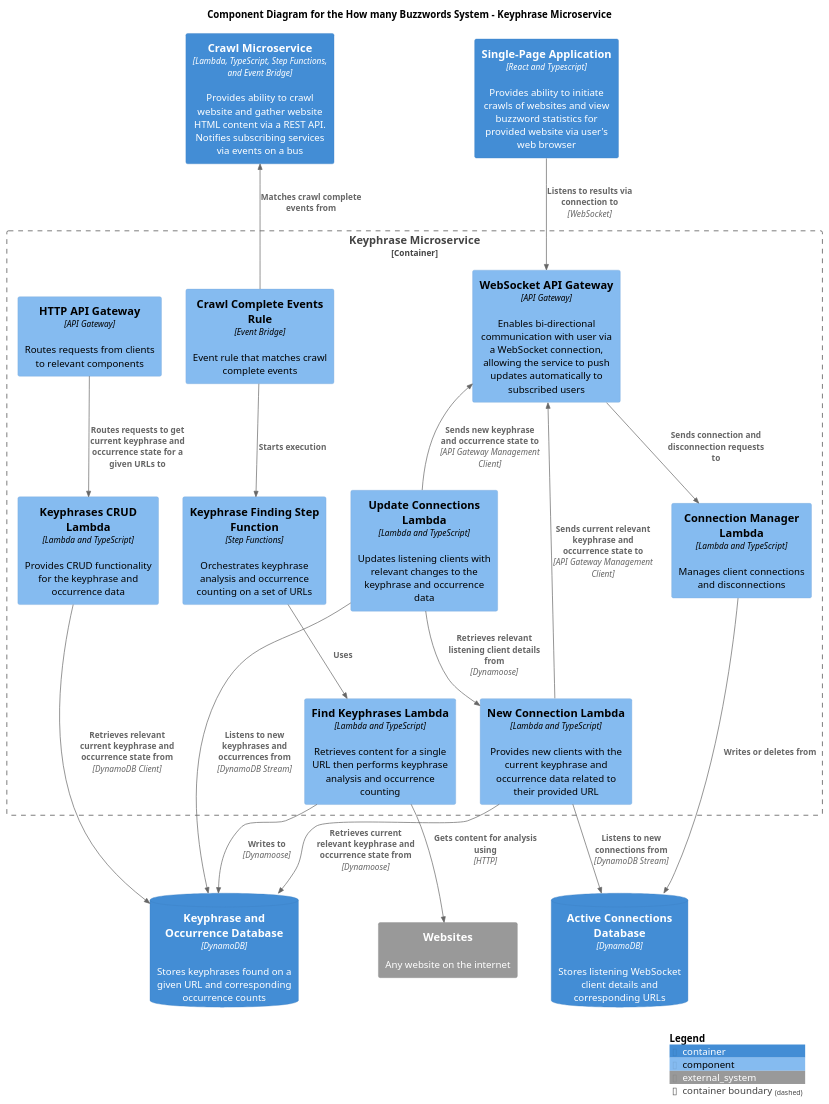
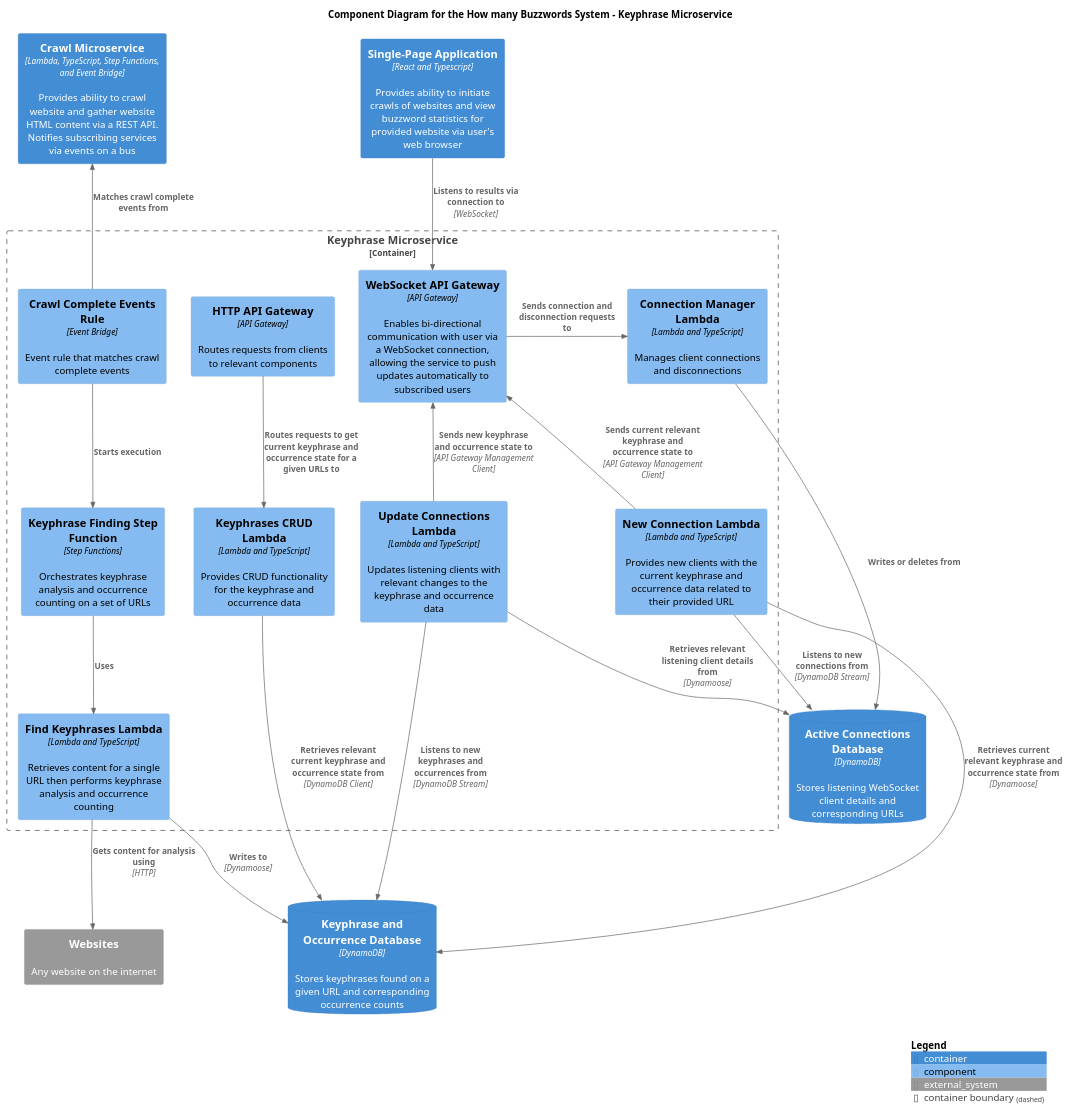
Before and after one commit to ashley-evans/how-many-buzzwords: the diagram in docs/c4-diagrams/buzzword-c4-component-keyphrase-microservice.puml, drawn with PlantUML.

Commit message:
Update keyphrase service component diagram to fix relationship between update connections lambda and active connections table

```diff
--- a/docs/c4-diagrams/buzzword-c4-component-keyphrase-microservice.puml
+++ b/docs/c4-diagrams/buzzword-c4-component-keyphrase-microservice.puml
@@ -1,55 +1,55 @@
 @startuml Buzzword C4 Component Diagram
 
 !include https://raw.githubusercontent.com/plantuml-stdlib/C4-PlantUML/master/C4_Component.puml
 
 title Component Diagram for the How many Buzzwords System - Keyphrase Microservice
 
 Container(single_page_application, "Single-Page Application", "React and Typescript", $descr="Provides ability to initiate crawls of websites and view buzzword statistics for provided website via user's web browser")
 Container(crawl_microservice, "Crawl Microservice", "Lambda, TypeScript, Step Functions, and Event Bridge", $descr="Provides ability to crawl website and gather website HTML content via a REST API. Notifies subscribing services via events on a bus")
 
 Container_Boundary(keyphrase_microservice_boundary, "Keyphrase Microservice") {
     Component(http_api_gateway, "HTTP API Gateway", "API Gateway", "Routes requests from clients to relevant components")
     Component(ws_api_gateway, "WebSocket API Gateway", "API Gateway", "Enables bi-directional communication with user via a WebSocket connection, allowing the service to push updates automatically to subscribed users")
     Component(step_function, "Keyphrase Finding Step Function", "Step Functions", "Orchestrates keyphrase analysis and occurrence counting on a set of URLs")
     Component(find_keyphrases_lambda, "Find Keyphrases Lambda", "Lambda and TypeScript", "Retrieves content for a single URL then performs keyphrase analysis and occurrence counting")
     Component(crud_lambda, "Keyphrases CRUD Lambda", "Lambda and TypeScript", "Provides CRUD functionality for the keyphrase and occurrence data")
     Component(update_connections_lambda, "Update Connections Lambda", "Lambda and TypeScript", "Updates listening clients with relevant changes to the keyphrase and occurrence data")
     Component(new_connection_lambda, "New Connection Lambda", "Lambda and TypeScript", "Provides new clients with the current keyphrase and occurrence data related to their provided URL")
     Component(connection_manager_lambda, "Connection Manager Lambda", "Lambda and TypeScript", "Manages client connections and disconnections")
     Component(crawl_complete_subscription, "Crawl Complete Events Rule", "Event Bridge", "Event rule that matches crawl complete events")
 }
 
 ContainerDb(keyphrase_db, "Keyphrase and Occurrence Database", "DynamoDB", "Stores keyphrases found on a given URL and corresponding occurrence counts")
 ContainerDb(active_connections_db, "Active Connections Database", "DynamoDB", "Stores listening WebSocket client details and corresponding URLs")
 
 System_Ext(websites, "Websites", "Any website on the internet")
 
 Rel(http_api_gateway, crud_lambda, "Routes requests to get current keyphrase and occurrence state for a given URLs to")
 
 Rel(crud_lambda, keyphrase_db, "Retrieves relevant current keyphrase and occurrence state from", "DynamoDB Client")
 
 Rel_D(single_page_application, ws_api_gateway, "Listens to results via connection to", "WebSocket")
 
-Rel(ws_api_gateway, connection_manager_lambda, "Sends connection and disconnection requests to")
+Rel_R(ws_api_gateway, connection_manager_lambda, "Sends connection and disconnection requests to")
 
 Rel(connection_manager_lambda, active_connections_db, "Writes or deletes from")
 
 Rel(new_connection_lambda, active_connections_db, "Listens to new connections from", "DynamoDB Stream")
 Rel(new_connection_lambda, keyphrase_db, "Retrieves current relevant keyphrase and occurrence state from", "Dynamoose")
 Rel_U(new_connection_lambda, ws_api_gateway, "Sends current relevant keyphrase and occurrence state to",  "API Gateway Management Client")
 
 Rel_U(crawl_complete_subscription, crawl_microservice, "Matches crawl complete events from")
 Rel(crawl_complete_subscription, step_function, "Starts execution")
 
 Rel(step_function, find_keyphrases_lambda, "Uses")
 
 Rel(find_keyphrases_lambda, keyphrase_db, "Writes to", "Dynamoose")
 Rel(find_keyphrases_lambda, websites, "Gets content for analysis using", "HTTP")
 
 Rel(update_connections_lambda, keyphrase_db, "Listens to new keyphrases and occurrences from", "DynamoDB Stream")
-Rel(update_connections_lambda, new_connection_lambda, "Retrieves relevant listening client details from", "Dynamoose")
+Rel(update_connections_lambda, active_connections_db, "Retrieves relevant listening client details from", "Dynamoose")
 Rel_U(update_connections_lambda, ws_api_gateway, "Sends new keyphrase and occurrence state to", "API Gateway Management Client")
 
 SHOW_LEGEND()
 
 @enduml
```
